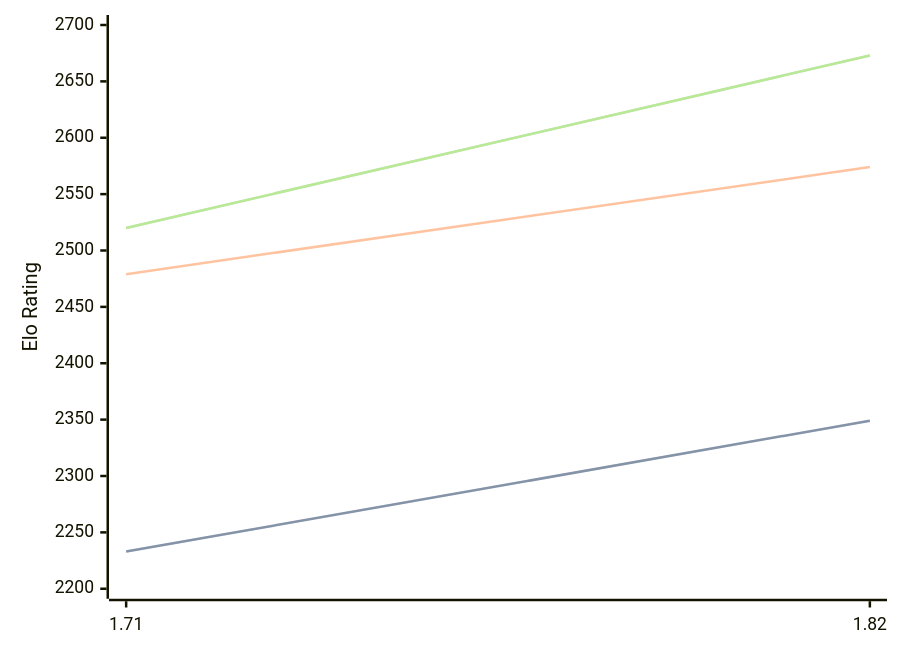
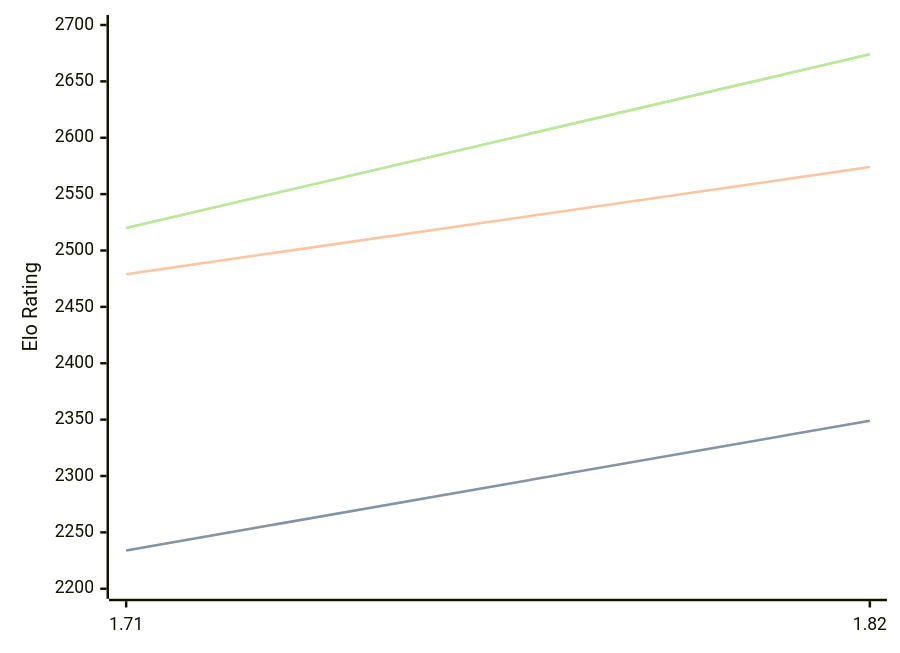
The diagram in engines/Amira.md (computer-chess-index/cci), drawn with Mermaid before and after one commit. The commit also changed other lines of this file, not shown here.

Commit message:
Update CCI Ratings (ELO VLTC) - 2026-05-04

````diff
--- a/engines/Amira.md
+++ b/engines/Amira.md
@@ -35,11 +35,11 @@
 ```mermaid
 %%{init: {"theme":"base","themeVariables":{"seriesColors:['#a3a3a3','#222221','#faa371']}}}%%
 xychart-beta
   x-axis ["1.71", "1.82"]
   y-axis "Elo Rating" 2200 --> 2700
-  line "STC (8.0+0.08s)" [2233, 2349]
-  line "STC (8.0+0.08s)" [2233, 2349]
+  line "STC (8.0+0.08s)" [2234, 2349]
+  line "STC (8.0+0.08s)" [2234, 2349]
   line "LTC (60.0+0.60s)" [2479, 2574]
-  line "VLTC (2m24s+1.12s)" [2520, 2673]
-  line "VLTC (2m24s+1.12s)" [2520, 2673]
+  line "VLTC (2m24s+1.12s)" [2520, 2674]
+  line "VLTC (2m24s+1.12s)" [2520, 2674]
 ```
````
